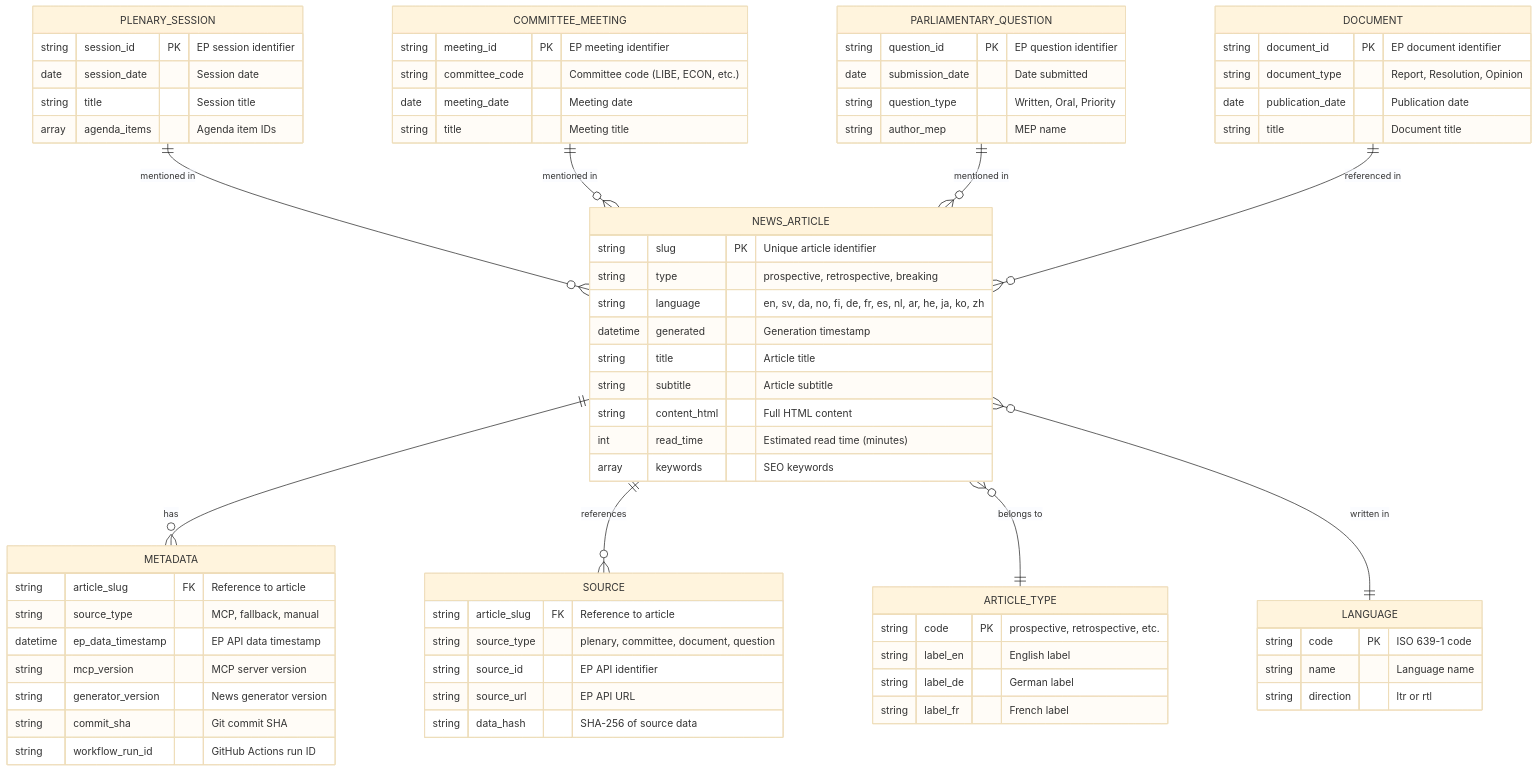
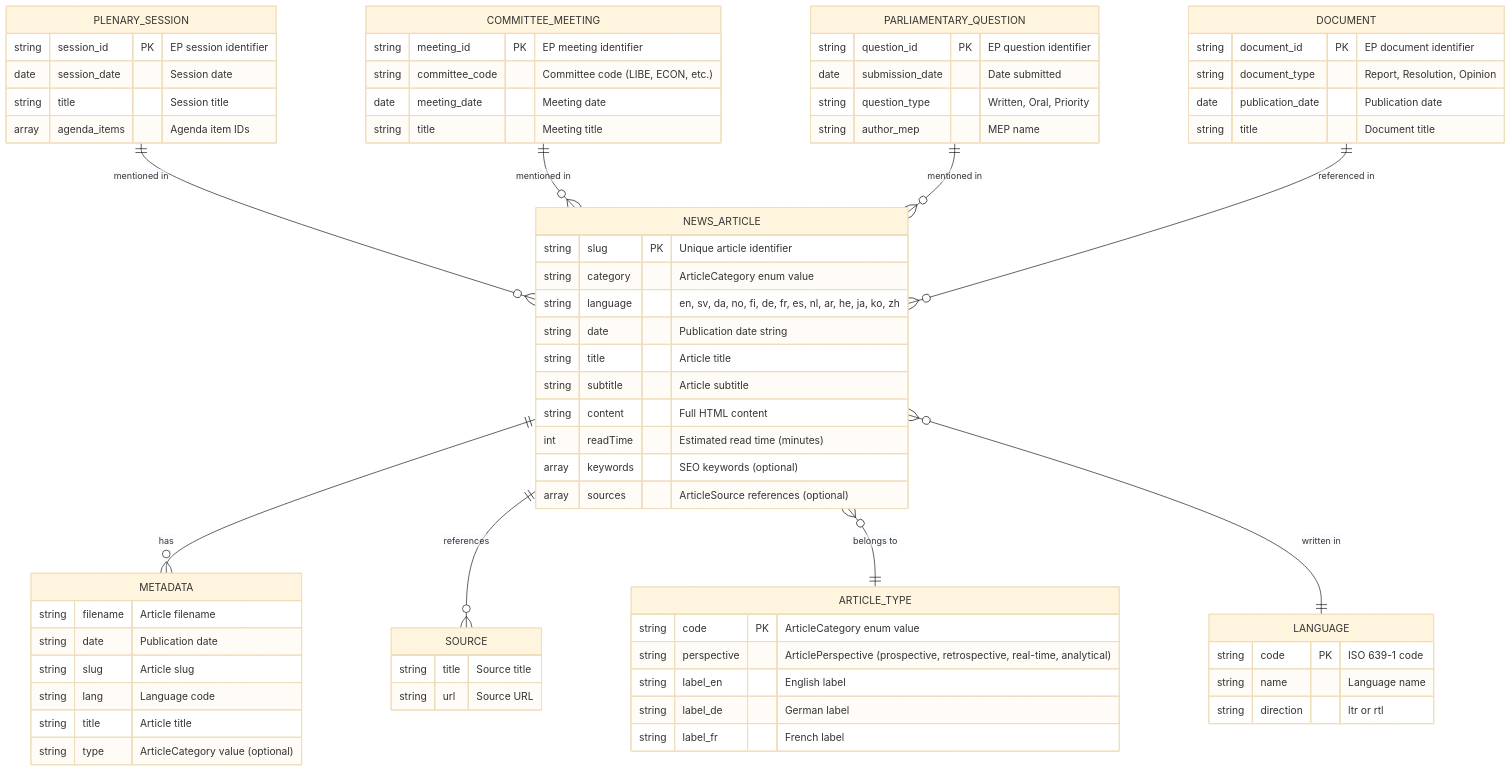
The first of 9 diagrams in DATA_MODEL.md (Hack23/euparliamentmonitor), drawn with Mermaid (base theme) before and after one commit. The commit also changed other lines of this file, not shown here.

```diff
--- a/DATA_MODEL.md
+++ b/DATA_MODEL.md
@@ -122,36 +122,34 @@
 
     NEWS_ARTICLE {
         string slug PK "Unique article identifier"
-        string type "prospective, retrospective, breaking"
+        string category "ArticleCategory enum value"
         string language "en, sv, da, no, fi, de, fr, es, nl, ar, he, ja, ko, zh"
-        datetime generated "Generation timestamp"
+        string date "Publication date string"
         string title "Article title"
         string subtitle "Article subtitle"
-        string content_html "Full HTML content"
-        int read_time "Estimated read time (minutes)"
-        array keywords "SEO keywords"
+        string content "Full HTML content"
+        int readTime "Estimated read time (minutes)"
+        array keywords "SEO keywords (optional)"
+        array sources "ArticleSource references (optional)"
     }
 
     METADATA {
-        string article_slug FK "Reference to article"
-        string source_type "MCP, fallback, manual"
-        datetime ep_data_timestamp "EP API data timestamp"
-        string mcp_version "MCP server version"
-        string generator_version "News generator version"
-        string commit_sha "Git commit SHA"
-        string workflow_run_id "GitHub Actions run ID"
+        string filename "Article filename"
+        string date "Publication date"
+        string slug "Article slug"
+        string lang "Language code"
+        string title "Article title"
+        string type "ArticleCategory value (optional)"
     }
 
     SOURCE {
-        string article_slug FK "Reference to article"
-        string source_type "plenary, committee, document, question"
-        string source_id "EP API identifier"
-        string source_url "EP API URL"
-        string data_hash "SHA-256 of source data"
+        string title "Source title"
+        string url "Source URL"
     }
 
     ARTICLE_TYPE {
-        string code PK "prospective, retrospective, etc."
+        string code PK "ArticleCategory enum value"
+        string perspective "ArticlePerspective (prospective, retrospective, real-time, analytical)"
         string label_en "English label"
         string label_de "German label"
         string label_fr "French label"
```
